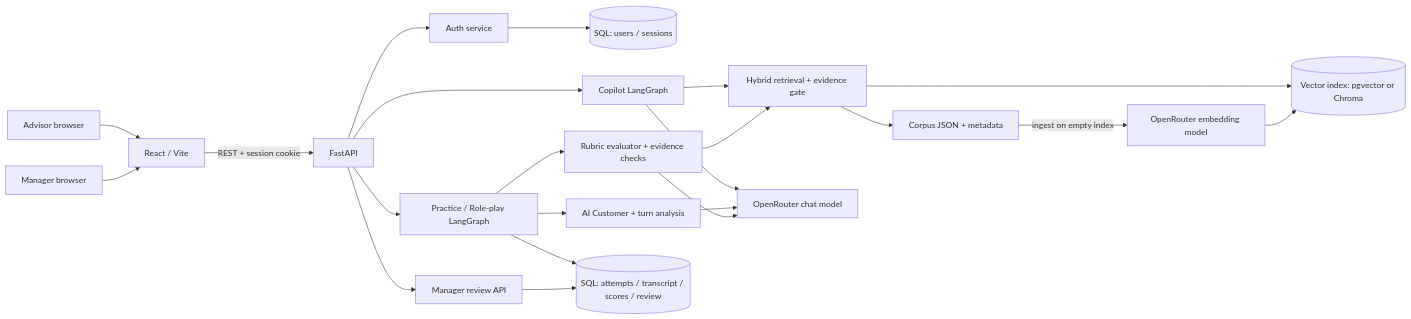
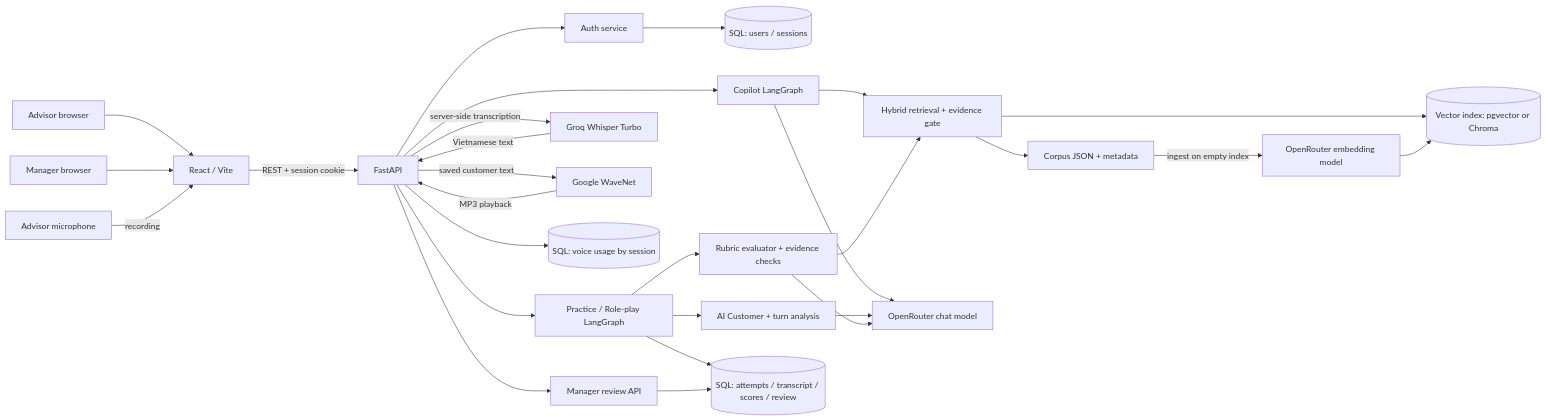
The diagram in docs/architecture_diagram.md (AnCoder1310/AI-Sale), drawn with Mermaid before and after one commit. The commit also changed 2 other files, not shown here.

Commit message:
docs(practice): explain voice setup and failure behavior

````diff
--- a/docs/architecture_diagram.md
+++ b/docs/architecture_diagram.md
@@ -3,24 +3,30 @@
 ```mermaid
 flowchart LR
   A[Advisor browser] --> UI[React / Vite]
   M[Manager browser] --> UI
   UI -->|REST + session cookie| API[FastAPI]
   API --> AUTH[Auth service]
   AUTH --> SQL[(SQL: users / sessions)]
   API --> CP[Copilot LangGraph]
   CP --> RET[Hybrid retrieval + evidence gate]
   RET --> CH[(Vector index: pgvector or Chroma)]
   RET --> CORPUS[Corpus JSON + metadata]
   CP --> CHAT[OpenRouter chat model]
   API --> RP[Practice / Role-play LangGraph]
+  MIC[Advisor microphone] -->|recording| UI
+  API -->|server-side transcription| STT[Groq Whisper Turbo]
+  STT -->|Vietnamese text| API
+  API -->|saved customer text| TTS[Google WaveNet]
+  TTS -->|MP3 playback| API
+  API --> USAGE[(SQL: voice usage by session)]
   RP --> CUSTOMER[AI Customer + turn analysis]
   CUSTOMER --> CHAT
   RP --> JUDGE[Rubric evaluator + evidence checks]
   JUDGE --> CHAT
   JUDGE --> RET
   RP --> RECORDS[(SQL: attempts / transcript / scores / review)]
   API --> REVIEW[Manager review API]
   REVIEW --> RECORDS
   EMB[OpenRouter embedding model] --> CH
   CORPUS -->|ingest on empty index| EMB
 ```
````
